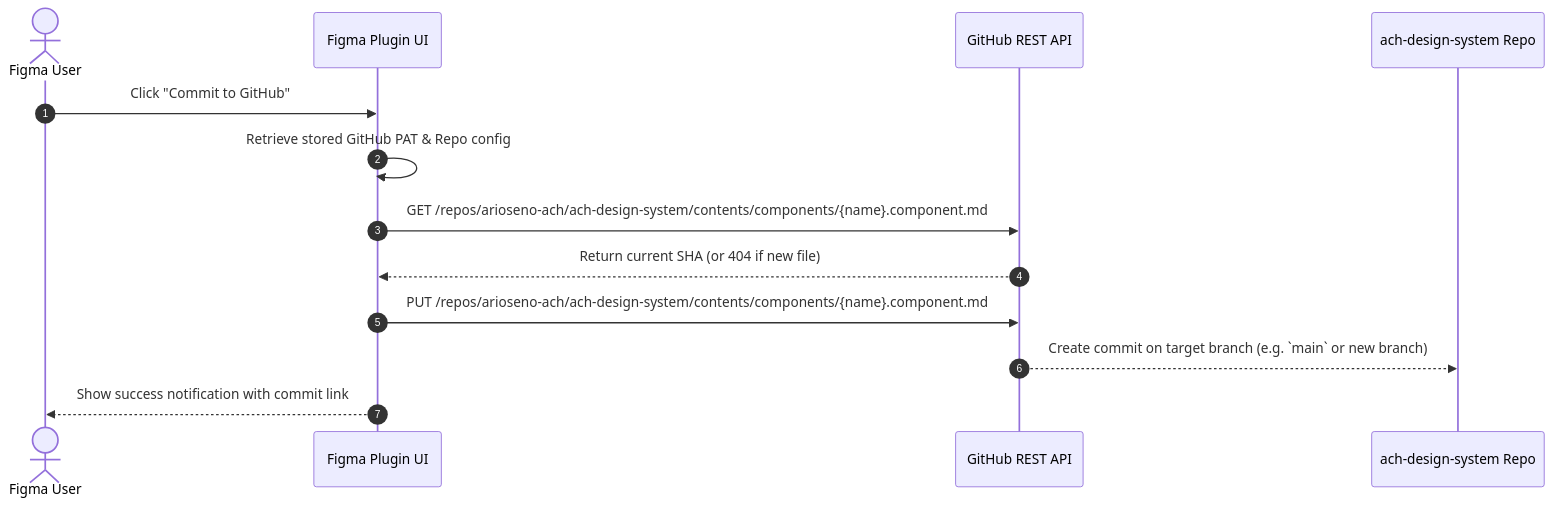
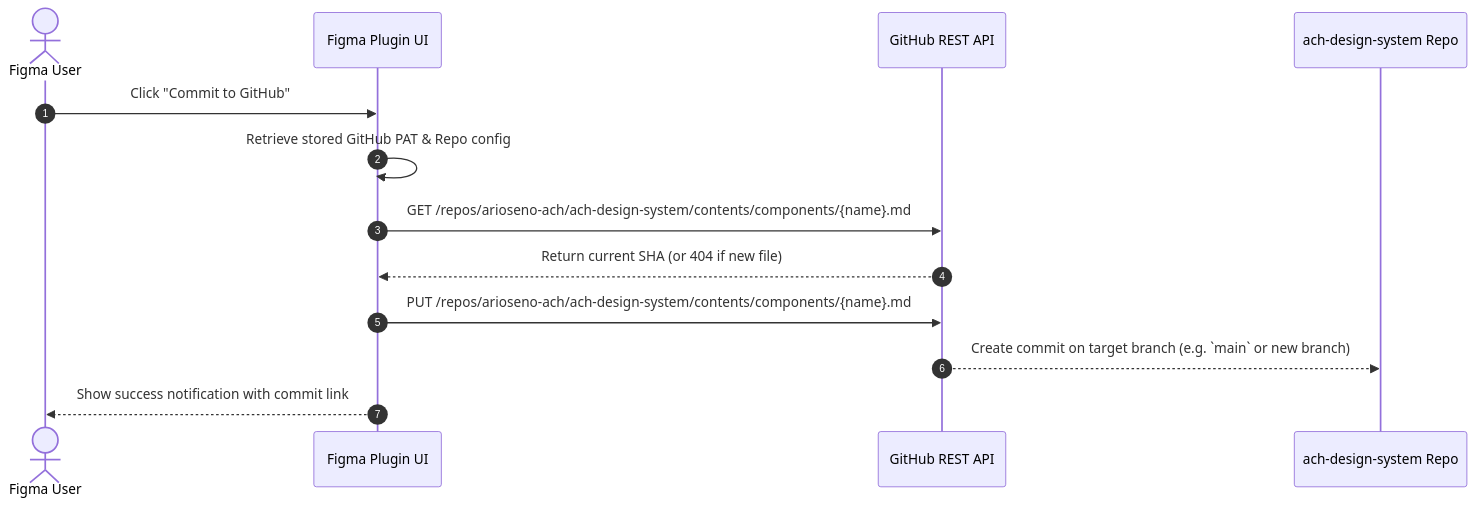
One commit to arioseno-ach/ach-design-system changed the diagram in docs/archive/prd-figma-plugin.md. Above: the diagram before and after it, drawn with Mermaid. The commit also changed other lines of this file, not shown here.

Commit message:
docs: align archived plugin prd paths

````diff
--- a/docs/archive/prd-figma-plugin.md
+++ b/docs/archive/prd-figma-plugin.md
@@ -202,16 +202,16 @@
 ```mermaid
 sequenceDiagram
     autonumber
     actor Designer as Figma User
     participant Plugin as Figma Plugin UI
     participant GH as GitHub REST API
     participant Repo as ach-design-system Repo
 
     Designer->>Plugin: Click "Commit to GitHub"
     Plugin->>Plugin: Retrieve stored GitHub PAT & Repo config
-    Plugin->>GH: GET /repos/arioseno-ach/ach-design-system/contents/components/{name}.component.md
+    Plugin->>GH: GET /repos/arioseno-ach/ach-design-system/contents/components/{name}.md
     GH-->>Plugin: Return current SHA (or 404 if new file)
-    Plugin->>GH: PUT /repos/arioseno-ach/ach-design-system/contents/components/{name}.component.md
+    Plugin->>GH: PUT /repos/arioseno-ach/ach-design-system/contents/components/{name}.md
     GH-->>Repo: Create commit on target branch (e.g. `main` or new branch)
     Plugin-->>Designer: Show success notification with commit link
 ```
````
